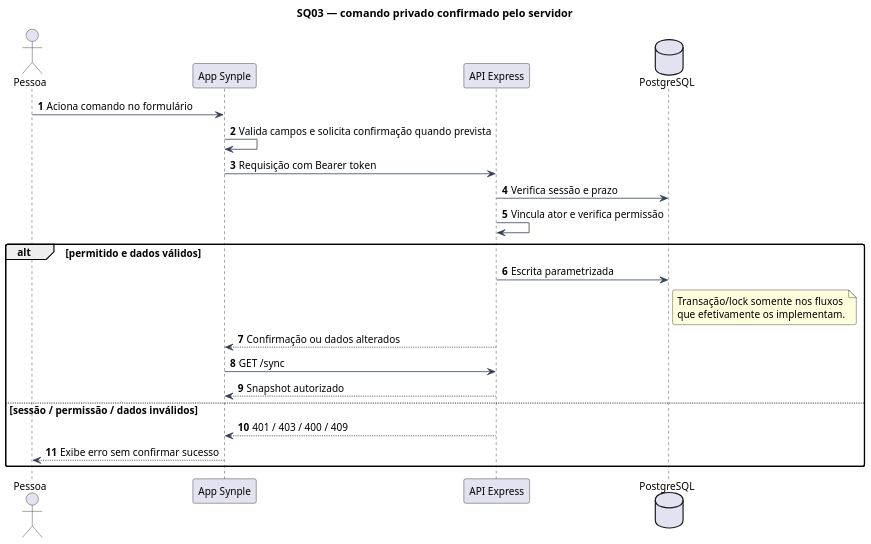
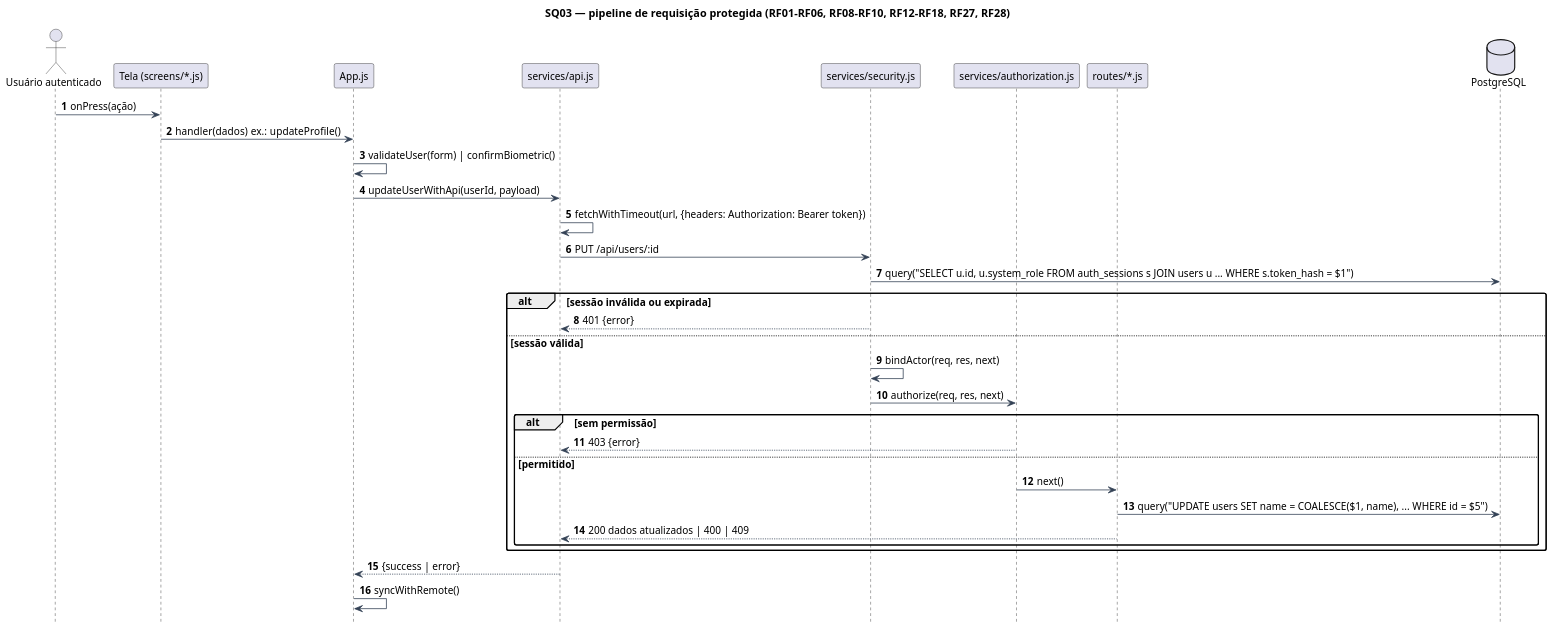
The diagram in docs/Diagramas/ENTREGA_DEFINITIVA/fontes/seq-comando.puml (skzun/BRTPDS2), drawn with PlantUML before and after one commit. The commit also changed 45 other files, not shown here.

First line of the commit message:
Corrige diagramas e documentação do Incremento 3

```diff
--- a/docs/Diagramas/ENTREGA_DEFINITIVA/fontes/seq-comando.puml
+++ b/docs/Diagramas/ENTREGA_DEFINITIVA/fontes/seq-comando.puml
@@ -1,36 +1,44 @@
 @startuml
 !pragma layout smetana
 skinparam backgroundColor white
 skinparam shadowing false
 skinparam defaultFontName SansSerif
 skinparam defaultFontSize 13
 skinparam ArrowColor #334155
-skinparam packageStyle rectangle
-skinparam classAttributeIconSize 0
 skinparam roundcorner 5
 skinparam dpi 130
-title SQ03 — comando privado confirmado pelo servidor
+skinparam sequenceMessageAlign left
+hide footbox
 autonumber
-actor Pessoa
-participant "App Synple" as App
-participant "API Express" as API
-database PostgreSQL as DB
-Pessoa -> App : Aciona comando no formulário
-App -> App : Valida campos e solicita confirmação quando prevista
-App -> API : Requisição com Bearer token
-API -> DB : Verifica sessão e prazo
-API -> API : Vincula ator e verifica permissão
-alt permitido e dados válidos
- API -> DB : Escrita parametrizada
- note right of DB
- Transação/lock somente nos fluxos
- que efetivamente os implementam.
- end note
- API --> App : Confirmação ou dados alterados
- App -> API : GET /sync
- API --> App : Snapshot autorizado
-else sessão / permissão / dados inválidos
- API --> App : 401 / 403 / 400 / 409
- App --> Pessoa : Exibe erro sem confirmar sucesso
+title SQ03 — pipeline de requisição protegida (RF01–RF06, RF08–RF10, RF12–RF18, RF27, RF28)
+actor "Usuário autenticado" as U
+participant "Tela (screens/*.js)" as UI
+participant "App.js" as App
+participant "services/api.js" as Api
+participant "services/security.js" as Sec
+participant "services/authorization.js" as Az
+participant "routes/*.js" as R
+database "PostgreSQL" as DB
+U -> UI : onPress(ação)
+UI -> App : handler(dados)  ex.: updateProfile()
+App -> App : validateUser(form) | confirmBiometric()
+App -> Api : updateUserWithApi(userId, payload)
+Api -> Api : fetchWithTimeout(url, {headers: Authorization: Bearer token})
+Api -> Sec : PUT /api/users/:id
+Sec -> DB : query("SELECT u.id, u.system_role FROM auth_sessions s JOIN users u ... WHERE s.token_hash = $1")
+alt sessão inválida ou expirada
+ Sec --> Api : 401 {error}
+else sessão válida
+ Sec -> Sec : bindActor(req, res, next)
+ Sec -> Az : authorize(req, res, next)
+ alt sem permissão
+  Az --> Api : 403 {error}
+ else permitido
+  Az -> R : next()
+  R -> DB : query("UPDATE users SET name = COALESCE($1, name), ... WHERE id = $5")
+  R --> Api : 200 dados atualizados | 400 | 409
+ end
 end
+Api --> App : {success | error}
+App -> App : syncWithRemote()
 @enduml
```
